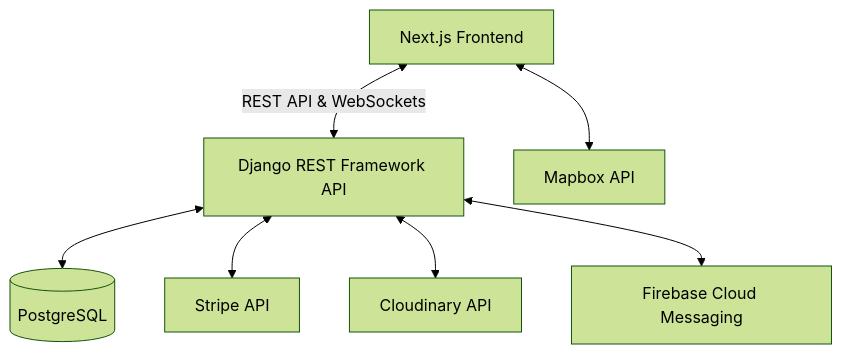
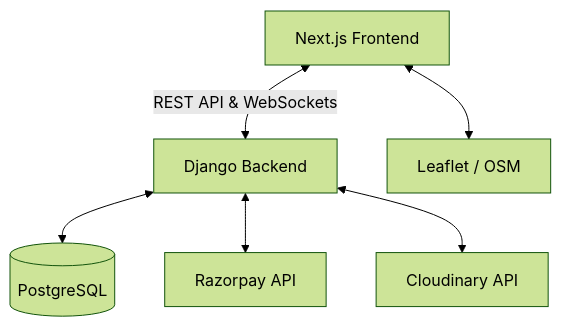
The diagram in implementation_plan.md (Abhay0p/RentEase), drawn with Mermaid (forest theme) before and after one commit. The commit also changed other lines of this file, not shown here.

Commit message:
Update implementation_plan.md with final deployed architecture

````diff
--- a/implementation_plan.md
+++ b/implementation_plan.md
@@ -29,9 +15,8 @@
 ```mermaid
 graph TD
-    Client[Next.js Frontend] <-->|REST API & WebSockets| API[Django REST Framework API]
+    Client[Next.js Frontend] <-->|REST API & WebSockets| API[Django Backend]
     API <--> DB[(PostgreSQL)]
-    API <--> Stripe[Stripe API]
+    API <--> Razorpay[Razorpay API]
     API <--> Cloudinary[Cloudinary API]
-    API <--> FCM[Firebase Cloud Messaging]
-    Client <--> Mapbox[Mapbox API]
+    Client <--> Leaflet[Leaflet / OSM]
 ```
````
